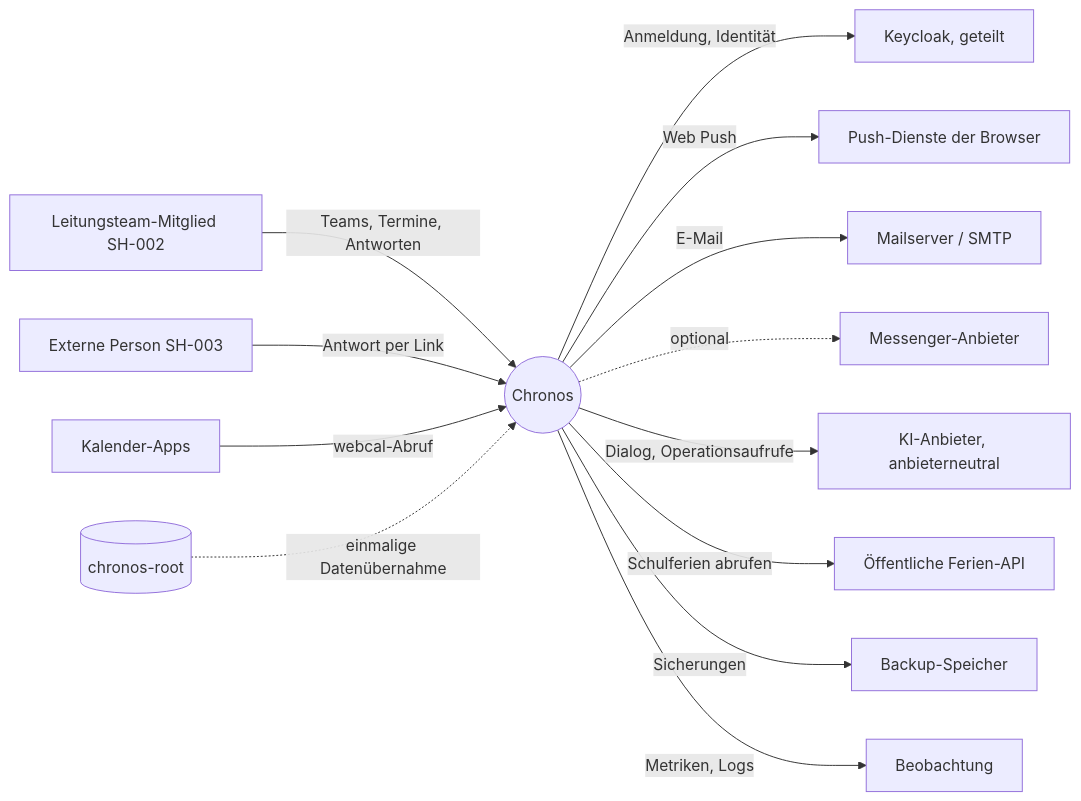
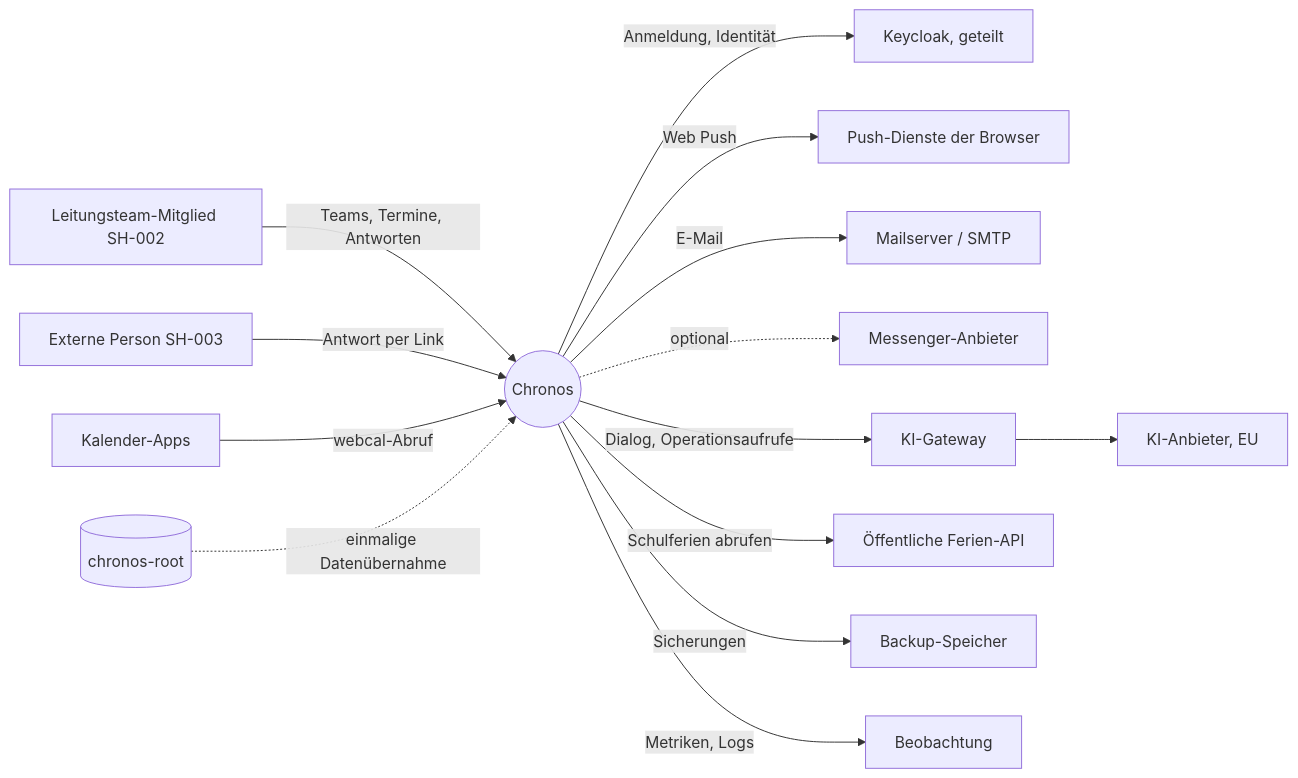
Before and after one commit to LetsFinishSchool/chronos-v3: the diagram in docs/req42/03-scope/SC-001-systemkontext.md, drawn with Mermaid. The commit also changed other lines of this file and 13 other files, not shown here.

````diff
--- a/docs/req42/03-scope/SC-001-systemkontext.md
+++ b/docs/req42/03-scope/SC-001-systemkontext.md
@@ -14,15 +14,15 @@
 ```mermaid
 flowchart LR
   L[Leitungsteam-Mitglied SH-002] -- Teams, Termine, Antworten --> C((Chronos))
   X[Externe Person SH-003] -- Antwort per Link --> C
   C -- Anmeldung, Identität --> K[Keycloak, geteilt]
   C -- Web Push --> W[Push-Dienste der Browser]
   C -- E-Mail --> M[Mailserver / SMTP]
   C -. optional .-> MS[Messenger-Anbieter]
   K2[Kalender-Apps] -- webcal-Abruf --> C
-  C -- Dialog, Operationsaufrufe --> AI[KI-Anbieter, anbieterneutral]
+  C -- Dialog, Operationsaufrufe --> GW[KI-Gateway] --> AI[KI-Anbieter, EU]
   C -- Schulferien abrufen --> SF[Öffentliche Ferien-API]
   C -- Sicherungen --> B[Backup-Speicher]
   C -- Metriken, Logs --> O[Beobachtung]
   R[(chronos-root)] -. einmalige Datenübernahme .-> C
 ```
````
